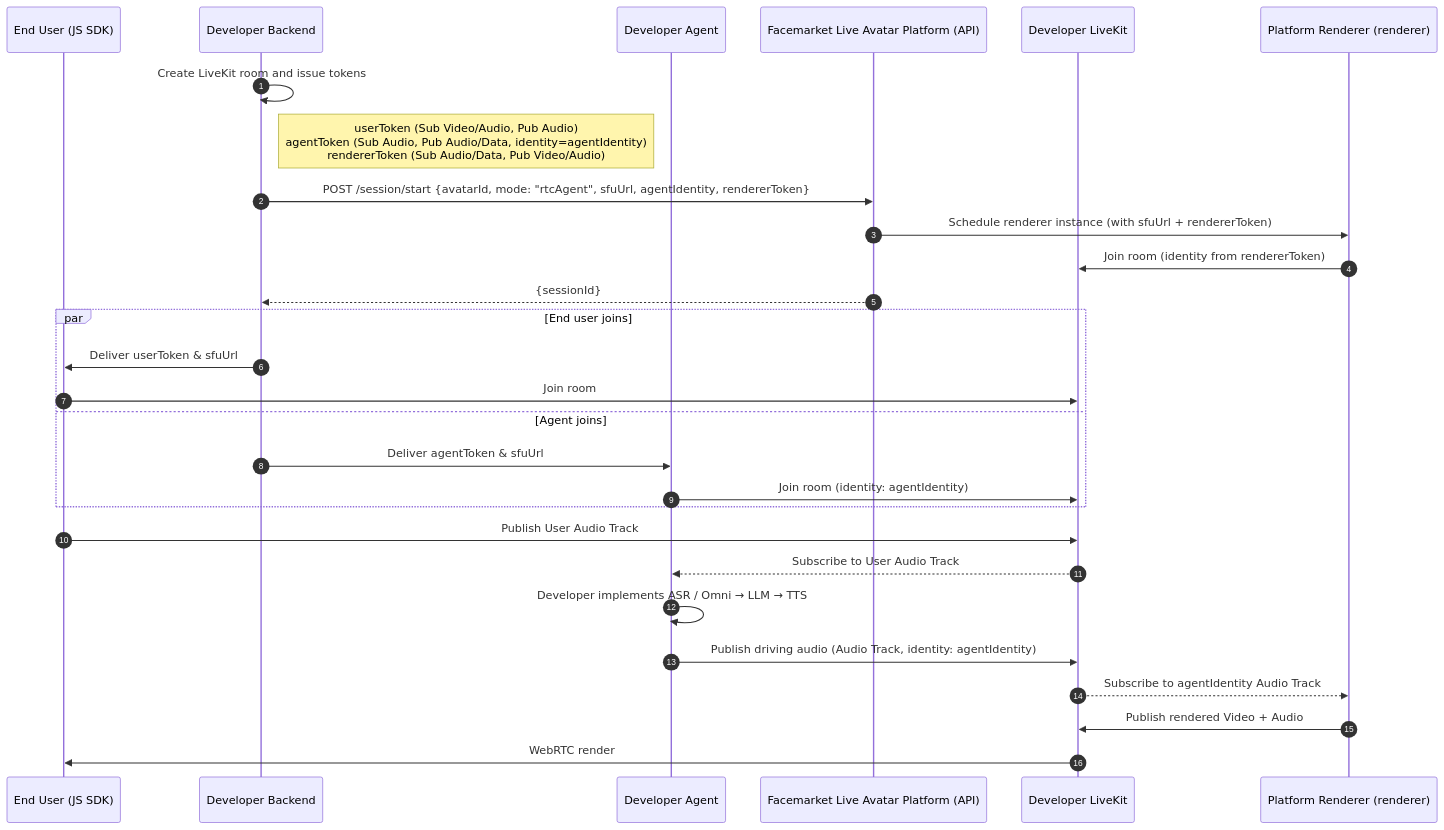
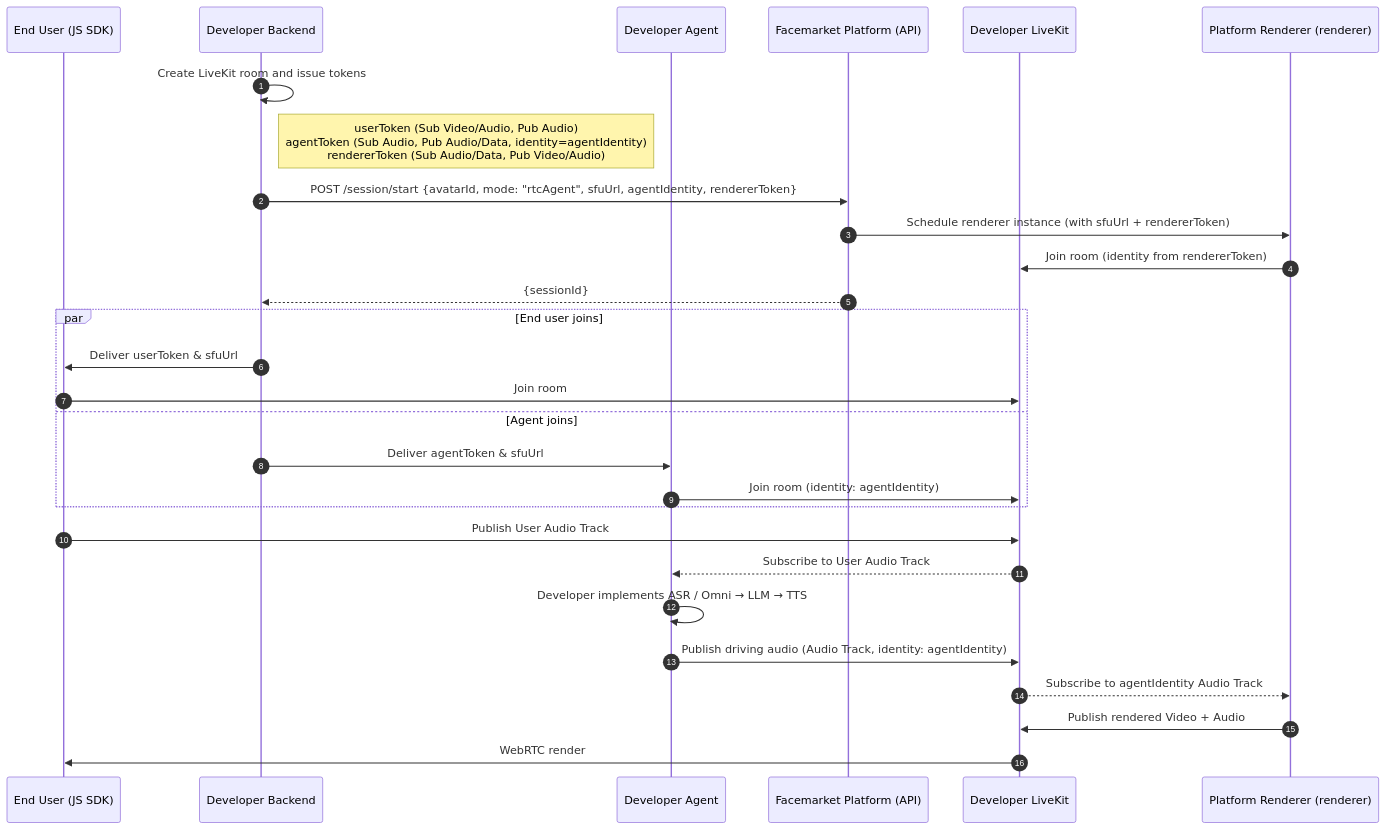
The third of 3 diagrams in Live Avatar Integration Guide.md (newportAI-lab/liveavatar-integration-guide), drawn with Mermaid before and after one commit. The commit also changed other lines of this file and 7 other files, not shown here.

````diff
--- a/Live Avatar Integration Guide.md
+++ b/Live Avatar Integration Guide.md
@@ -520,34 +520,34 @@
 ```mermaid
 sequenceDiagram
     autonumber
     participant Client as End User (JS SDK)
     participant Backend as Developer Backend
     participant Agent as Developer Agent
-    participant Platform as Facemarket Live Avatar Platform (API)
+    participant Platform as Facemarket Platform (API)
     participant DevLiveKit as Developer LiveKit
     participant Renderer as Platform Renderer (renderer)
 
     Backend->>Backend: Create LiveKit room and issue tokens
     Note right of Backend: userToken (Sub Video/Audio, Pub Audio)<br/>agentToken (Sub Audio, Pub Audio/Data, identity=agentIdentity)<br/>rendererToken (Sub Audio/Data, Pub Video/Audio)
 
     Backend->>Platform: POST /session/start {avatarId, mode: "rtcAgent", sfuUrl, agentIdentity, rendererToken}
     Platform->>Renderer: Schedule renderer instance (with sfuUrl + rendererToken)
     Renderer->>DevLiveKit: Join room (identity from rendererToken)
     Platform-->>Backend: {sessionId}
 
     par End user joins
         Backend->>Client: Deliver userToken & sfuUrl
         Client->>DevLiveKit: Join room
     and Agent joins
         Backend->>Agent: Deliver agentToken & sfuUrl
         Agent->>DevLiveKit: Join room (identity: agentIdentity)
     end
 
     Client->>DevLiveKit: Publish User Audio Track
     DevLiveKit-->>Agent: Subscribe to User Audio Track
     Agent->>Agent: Developer implements ASR / Omni → LLM → TTS
     Agent->>DevLiveKit: Publish driving audio (Audio Track, identity: agentIdentity)
     DevLiveKit-->>Renderer: Subscribe to agentIdentity Audio Track
     Renderer->>DevLiveKit: Publish rendered Video + Audio
     DevLiveKit->>Client: WebRTC render
 ```
````
